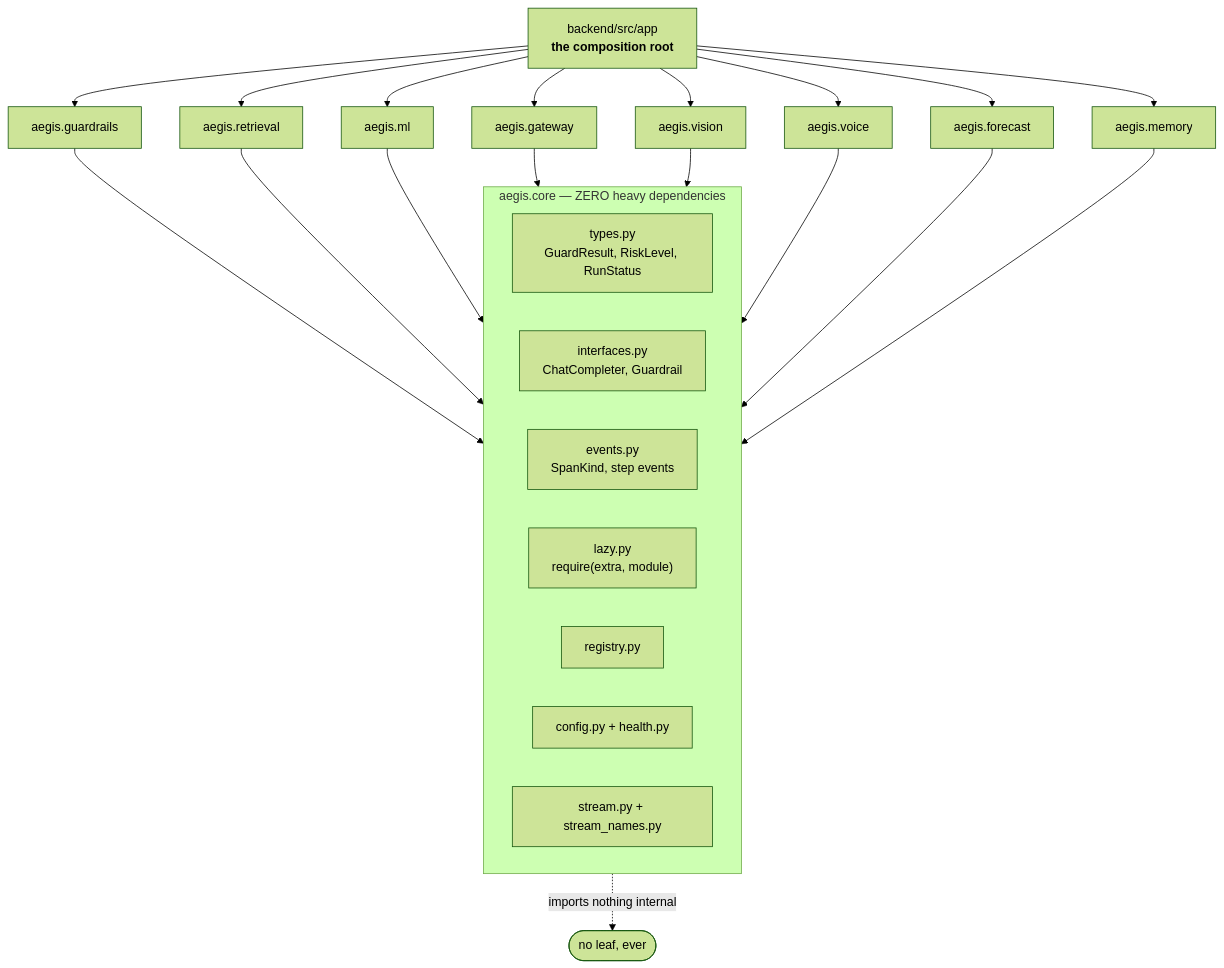
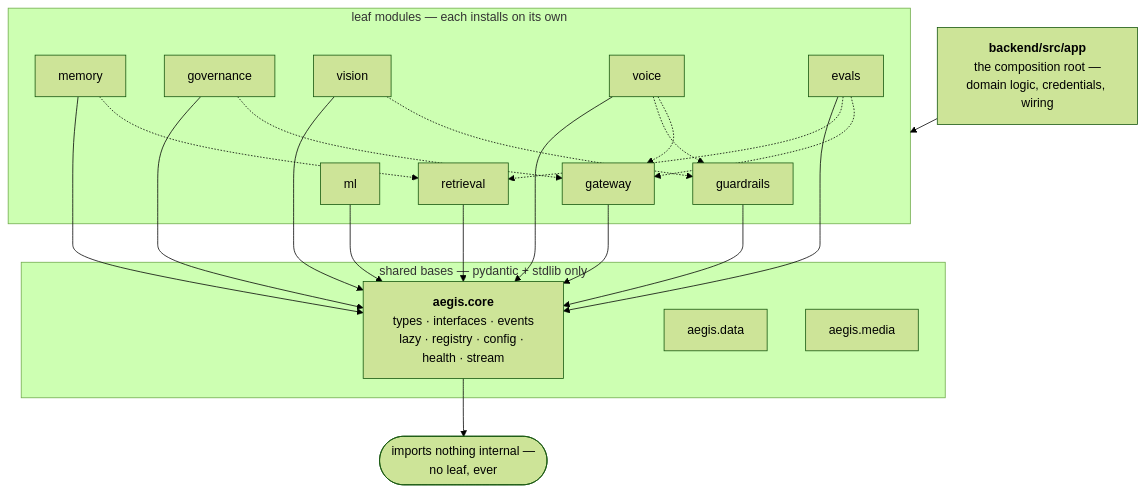
One commit to yrevash/aegis changed the first of 5 diagrams in docs/teaching/core/40-diagrams.md. Above: the diagram before and after it, drawn with Mermaid (forest theme). The commit also changed other lines of this file and 111 other files, not shown here.

````diff
--- a/docs/teaching/core/40-diagrams.md
+++ b/docs/teaching/core/40-diagrams.md
@@ -10,32 +16,43 @@
 ```mermaid
 flowchart TB
-    subgraph CORE["aegis.core — ZERO heavy dependencies"]
-        T["types.py<br/>GuardResult, RiskLevel, RunStatus"]
-        I["interfaces.py<br/>ChatCompleter, Guardrail"]
-        E["events.py<br/>SpanKind, step events"]
-        L["lazy.py<br/>require(extra, module)"]
-        R["registry.py"]
-        C["config.py + health.py"]
-        S["stream.py + stream_names.py"]
+    APP["<b>backend/src/app</b><br/>the composition root —<br/>domain logic, credentials, wiring"]
+
+    subgraph LEAVES["leaf modules — each installs on its own"]
+        GR["guardrails"]
+        RT["retrieval"]
+        GW["gateway"]
+        MEM["memory"]
+        ML["ml"]
+        GOV["governance"]
+        VIS["vision"]
+        VOI["voice"]
+        EV["evals"]
     end
 
-    G["aegis.guardrails"] --> CORE
-    RT["aegis.retrieval"] --> CORE
-    ML["aegis.ml"] --> CORE
-    GW["aegis.gateway"] --> CORE
-    V["aegis.vision"] --> CORE
-    VO["aegis.voice"] --> CORE
-    F["aegis.forecast"] --> CORE
-    M["aegis.memory"] --> CORE
+    subgraph BASE["shared bases — pydantic + stdlib only"]
+        CORE["<b>aegis.core</b><br/>types · interfaces · events<br/>lazy · registry · config · health · stream"]
+        DATA["aegis.data"]
+        MEDIA["aegis.media"]
+    end
 
-    CORE -.->|"imports nothing internal"| NONE(["no leaf, ever"])
+    APP --> LEAVES
+    GR --> CORE
+    RT --> CORE
+    GW --> CORE
+    MEM --> CORE
+    ML --> CORE
+    GOV --> CORE
+    VIS --> CORE
+    VOI --> CORE
+    EV --> CORE
 
-    APP["backend/src/app<br/><b>the composition root</b>"] --> G
-    APP --> RT
-    APP --> ML
-    APP --> GW
-    APP --> V
-    APP --> VO
-    APP --> F
-    APP --> M
+    MEM -.-> RT
+    GOV -.-> GW
+    VIS -.-> GR
+    VOI -.-> GR
+    VOI -.-> GW
+    EV -.-> RT
+    EV -.-> GW
+
+    CORE --> NONE(["imports nothing internal —<br/>no leaf, ever"])
 ```
````
